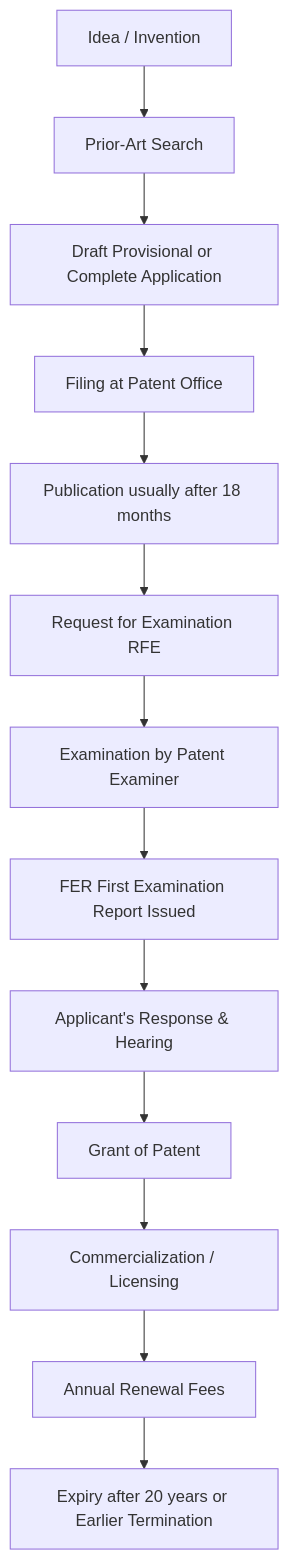
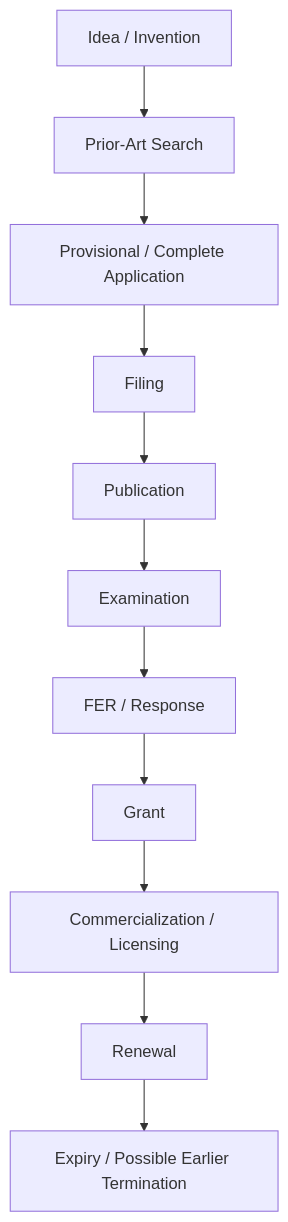
Before and after one commit to Aryns293/IPR: the first of 2 diagrams in 16_Patent_Lifecycle_and_Comparisons.md, drawn with Mermaid. The commit also changed other lines of this file and 1 other file, not shown here.

````diff
--- a/16_Patent_Lifecycle_and_Comparisons.md
+++ b/16_Patent_Lifecycle_and_Comparisons.md
@@ -11,15 +11,13 @@
 ```mermaid
 flowchart TD
     A[Idea / Invention] --> B[Prior-Art Search]
-    B --> C[Draft Provisional or Complete Application]
-    C --> D[Filing at Patent Office]
-    D --> E[Publication usually after 18 months]
-    E --> F[Request for Examination RFE]
-    F --> G[Examination by Patent Examiner]
-    G --> H[FER First Examination Report Issued]
-    H --> I[Applicant's Response & Hearing]
-    I --> J[Grant of Patent]
-    J --> K[Commercialization / Licensing]
-    K --> L[Annual Renewal Fees]
-    L --> M[Expiry after 20 years or Earlier Termination]
+    B --> C[Provisional / Complete Application]
+    C --> D[Filing]
+    D --> E[Publication]
+    E --> F[Examination]
+    F --> G[FER / Response]
+    G --> H[Grant]
+    H --> I[Commercialization / Licensing]
+    I --> J[Renewal]
+    J --> K[Expiry / Possible Earlier Termination]
 ```
````
